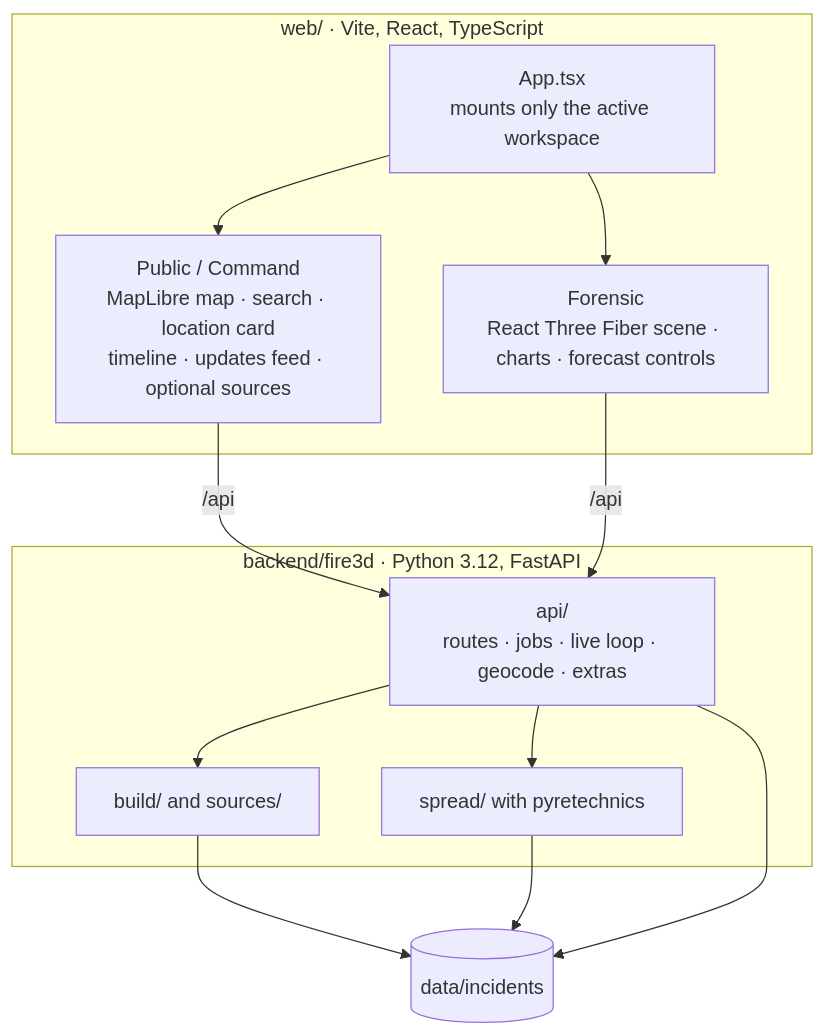
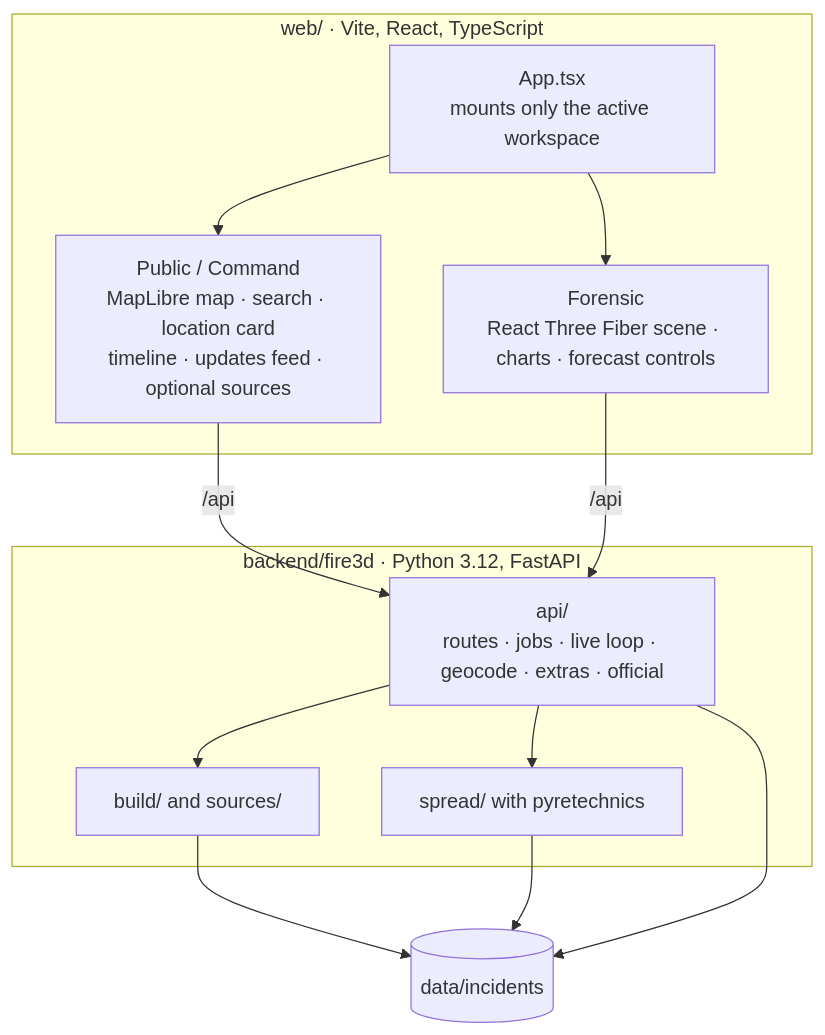
One commit to gz1010/fire-3d changed the second of 2 diagrams in README.md. Above: the diagram before and after it, drawn with Mermaid. The commit also changed other lines of this file and 340 other files, not shown here.

````diff
--- a/README.md
+++ b/README.md
@@ -282,23 +368,23 @@
 ```mermaid
 flowchart TB
   subgraph Browser["web/ · Vite, React, TypeScript"]
     App["App.tsx<br/>mounts only the active workspace"]
     MapWs["Public / Command<br/>MapLibre map · search · location card<br/>timeline · updates feed · optional sources"]
     ForensicWs["Forensic<br/>React Three Fiber scene · charts · forecast controls"]
     App --> MapWs
     App --> ForensicWs
   end
   subgraph Backend["backend/fire3d · Python 3.12, FastAPI"]
-    API["api/<br/>routes · jobs · live loop · geocode · extras"]
+    API["api/<br/>routes · jobs · live loop · geocode · extras · official"]
     Build["build/ and sources/"]
     Spread["spread/ with pyretechnics"]
     API --> Build
     API --> Spread
   end
   Data[("data/incidents")]
   MapWs -- "/api" --> API
   ForensicWs -- "/api" --> API
   Build --> Data
   Spread --> Data
   API --> Data
 ```
````
